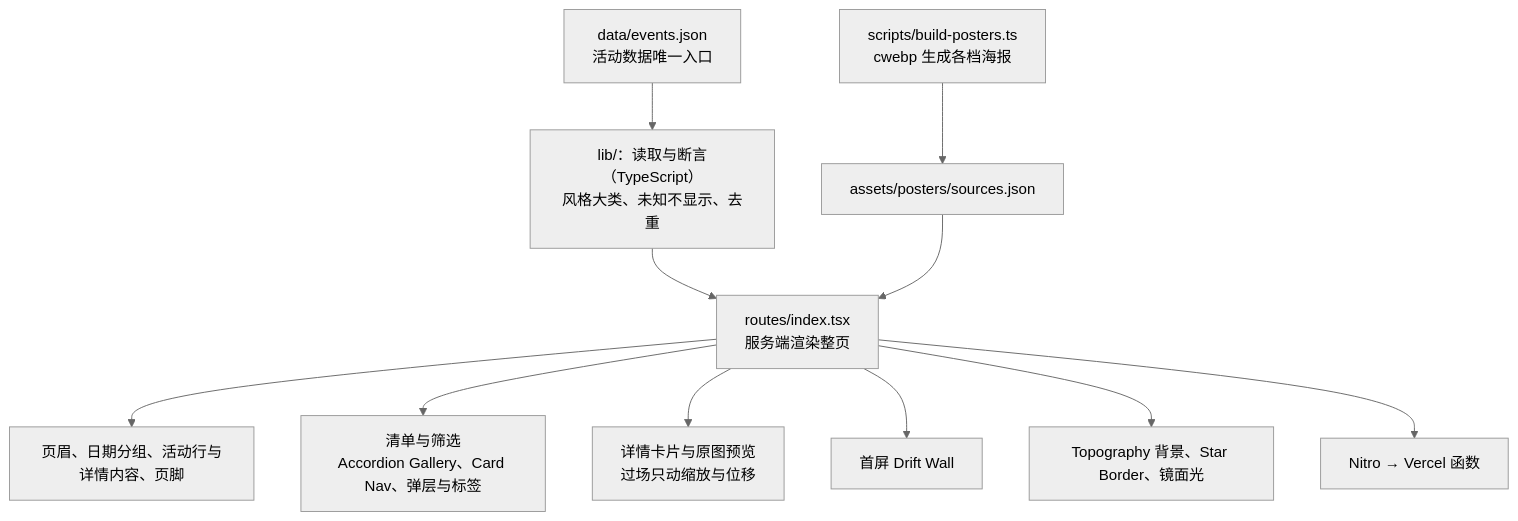
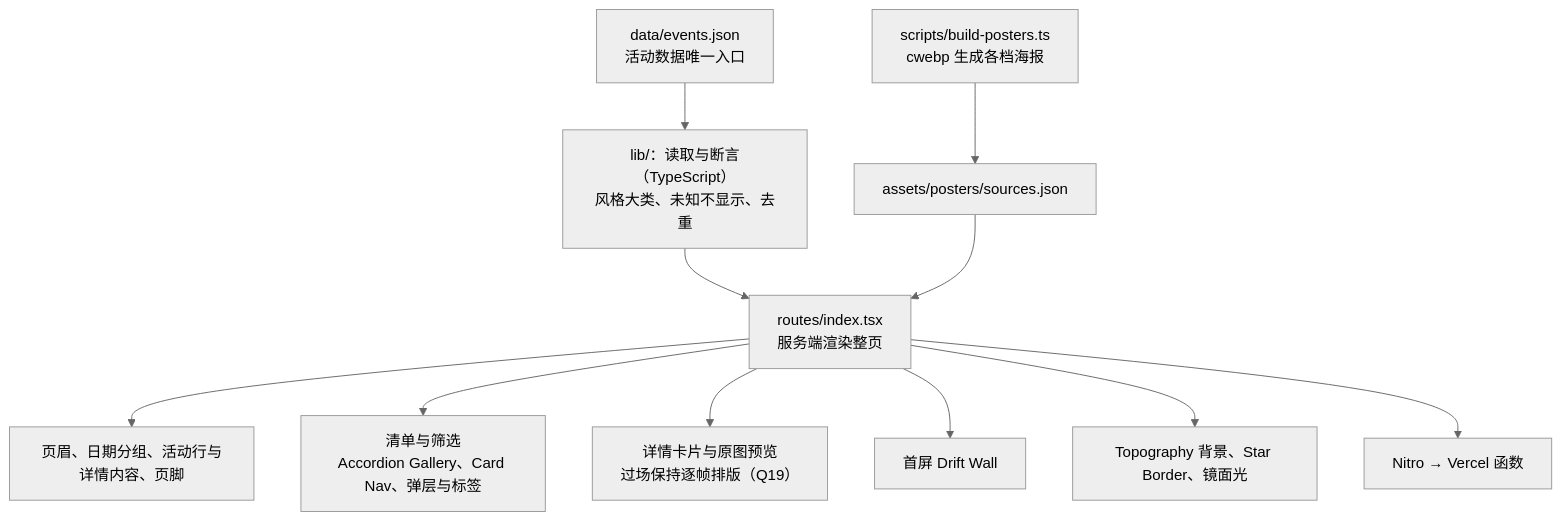
The diagram in docs/site-rewrite.md (mossgowild/pages), drawn with Mermaid (neutral theme) before and after one commit. The commit also changed other lines of this file and 35 other files, not shown here.

````diff
--- a/docs/site-rewrite.md
+++ b/docs/site-rewrite.md
@@ -46,13 +69,13 @@
 ```mermaid
 flowchart TD
   data["data/events.json<br/>活动数据唯一入口"] --> lib["lib/：读取与断言（TypeScript）<br/>风格大类、未知不显示、去重"]
   posters["scripts/build-posters.ts<br/>cwebp 生成各档海报"] --> manifest["assets/posters/sources.json"]
   lib --> route["routes/index.tsx<br/>服务端渲染整页"]
   manifest --> route
   route --> chrome["页眉、日期分组、活动行与详情内容、页脚"]
   route --> list["清单与筛选<br/>Accordion Gallery、Card Nav、弹层与标签"]
-  route --> sheet["详情卡片与原图预览<br/>过场只动缩放与位移"]
+  route --> sheet["详情卡片与原图预览<br/>过场保持逐帧排版（Q19）"]
   route --> hero["首屏 Drift Wall"]
   route --> bg["Topography 背景、Star Border、镜面光"]
   route --> nitro["Nitro → Vercel 函数"]
 ```
````
